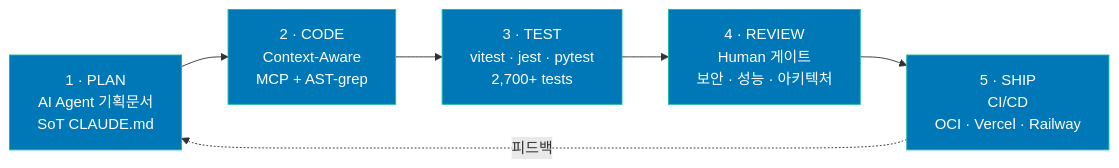
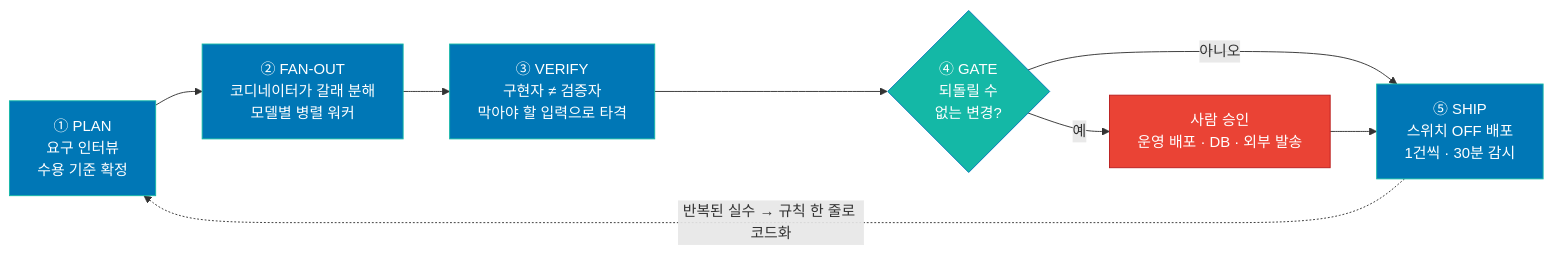
The fifth of 6 diagrams in README.md (doublesilver/doublesilver), drawn with Mermaid before and after one commit. The commit also changed other lines of this file and 35 other files, not shown here.

````diff
--- a/README.md
+++ b/README.md
@@ -288,10 +387,16 @@
 ```mermaid
 flowchart LR
-    P["1 · PLAN<br/>AI Agent 기획문서<br/>SoT CLAUDE.md"] --> C["2 · CODE<br/>Context-Aware<br/>MCP + AST-grep"]
-    C --> T["3 · TEST<br/>vitest · jest · pytest<br/>2,700+ tests"]
-    T --> R["4 · REVIEW<br/>Human 게이트<br/>보안 · 성능 · 아키텍처"]
-    R --> D["5 · SHIP<br/>CI/CD<br/>OCI · Vercel · Railway"]
-    D -. 피드백 .-> P
+    P["① PLAN<br/>요구 인터뷰<br/>수용 기준 확정"] --> F["② FAN-OUT<br/>코디네이터가 갈래 분해<br/>모델별 병렬 워커"]
+    F --> V["③ VERIFY<br/>구현자 ≠ 검증자<br/>막아야 할 입력으로 타격"]
+    V --> G{"④ GATE<br/>되돌릴 수<br/>없는 변경?"}
+    G -- "예" --> H["사람 승인<br/>운영 배포 · DB · 외부 발송"]
+    G -- "아니오" --> S
+    H --> S["⑤ SHIP<br/>스위치 OFF 배포<br/>1건씩 · 30분 감시"]
+    S -. "반복된 실수 → 규칙 한 줄로 코드화" .-> P
     classDef s fill:#0077B6,stroke:#14B8A6,color:#fff;
-    class P,C,T,R,D s;
+    classDef g fill:#14B8A6,stroke:#0077B6,color:#fff;
+    classDef h fill:#EA4335,stroke:#B91C1C,color:#fff;
+    class P,F,V,S s;
+    class G g;
+    class H h;
 ```
````
